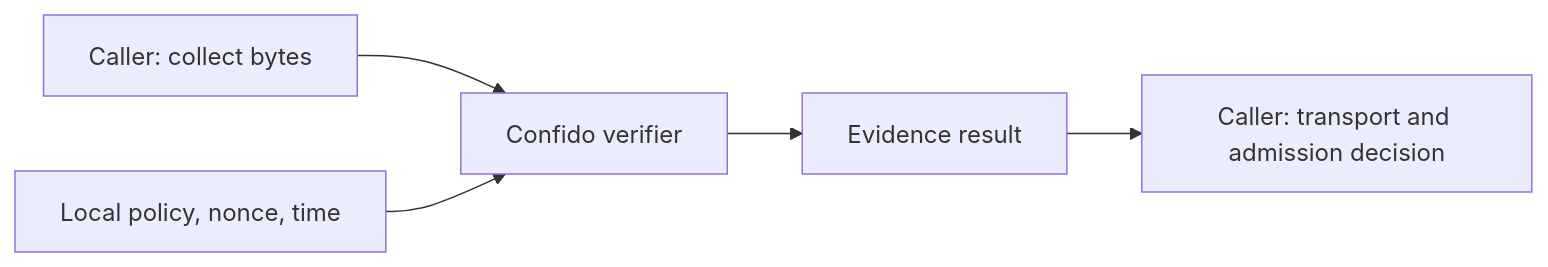
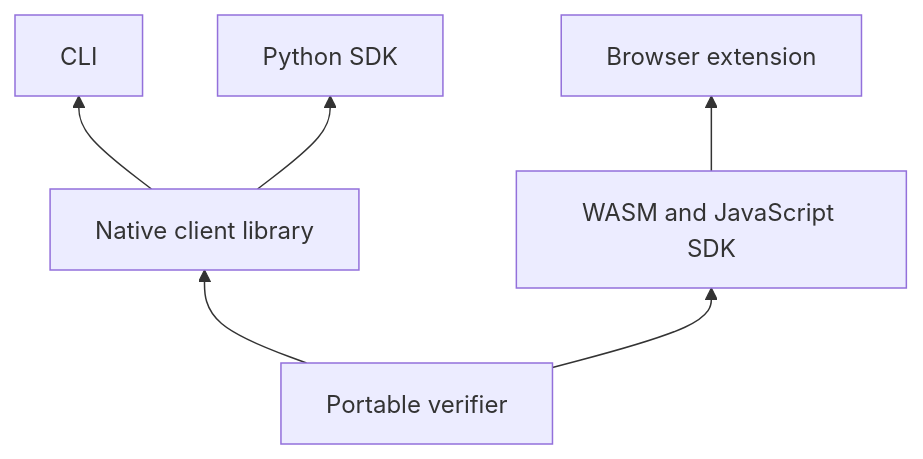
One commit to jandigitrust/confido changed the diagram in README.md. Above: the diagram before and after it, drawn with Mermaid. The commit also changed other lines of this file and 87 other files, not shown here.

First line of the commit message:
Unify Python and browser SDKs and adopt alpha versioning (#11)

````diff
--- a/README.md
+++ b/README.md
@@ -14,7 +21,8 @@
 ```mermaid
-flowchart LR
-  C[Caller: collect bytes] --> V[Confido verifier]
-  P[Local policy, nonce, time] --> V
-  V --> R[Evidence result]
-  R --> A[Caller: transport and admission decision]
+flowchart BT
+  V[Portable verifier] --> C[Native client library]
+  C --> CLI[CLI]
+  C --> P[Python SDK]
+  V --> W[WASM and JavaScript SDK]
+  W --> E[Browser extension]
 ```
````
